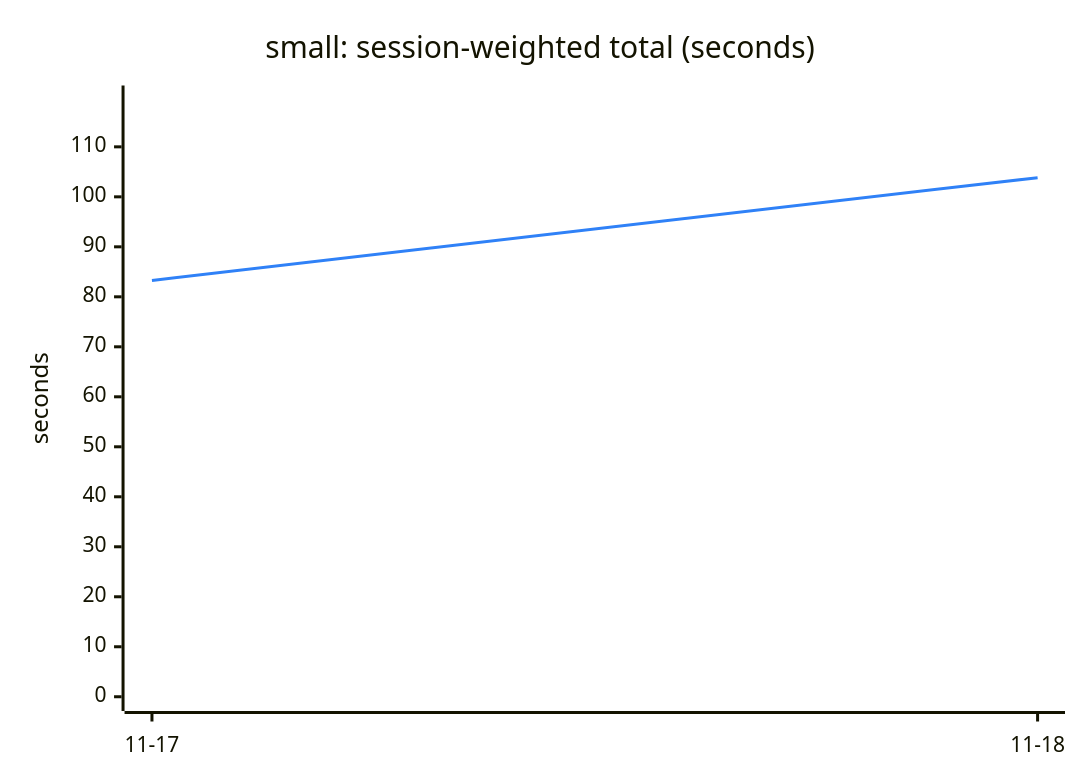
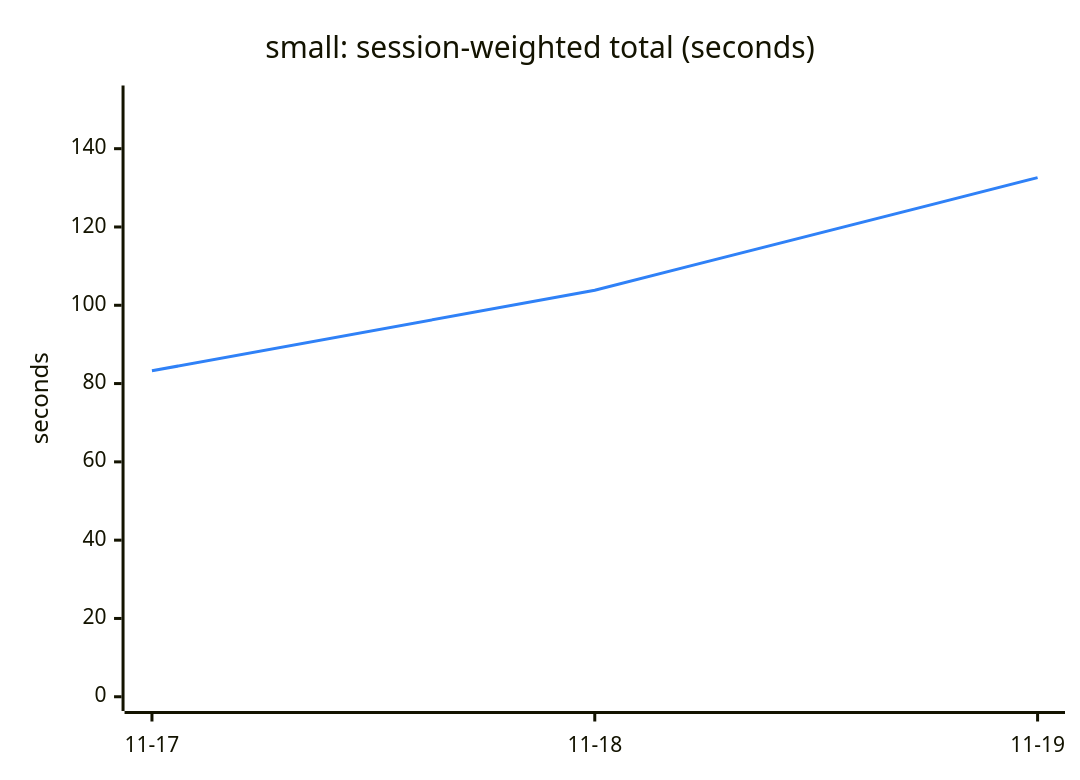
One commit to Ricovl/mxcli changed the first of 6 diagrams in TREND.md. Above: the diagram before and after it, drawn with Mermaid. The commit also changed other lines of this file and 2 other files, not shown here.

````diff
--- a/TREND.md
+++ b/TREND.md
@@ -13,13 +13,13 @@
 ```mermaid
 ---
 config:
   themeVariables:
     xyChart:
       plotColorPalette: "#2f81f7"
 ---
 xychart-beta
     title "small: session-weighted total (seconds)"
-    x-axis ["11-17", "11-18"]
-    y-axis "seconds" 0 --> 119.42
-    line [83.27, 103.84]
+    x-axis ["11-17", "11-18", "11-19"]
+    y-axis "seconds" 0 --> 152.50
+    line [83.27, 103.84, 132.61]
 ```
````
